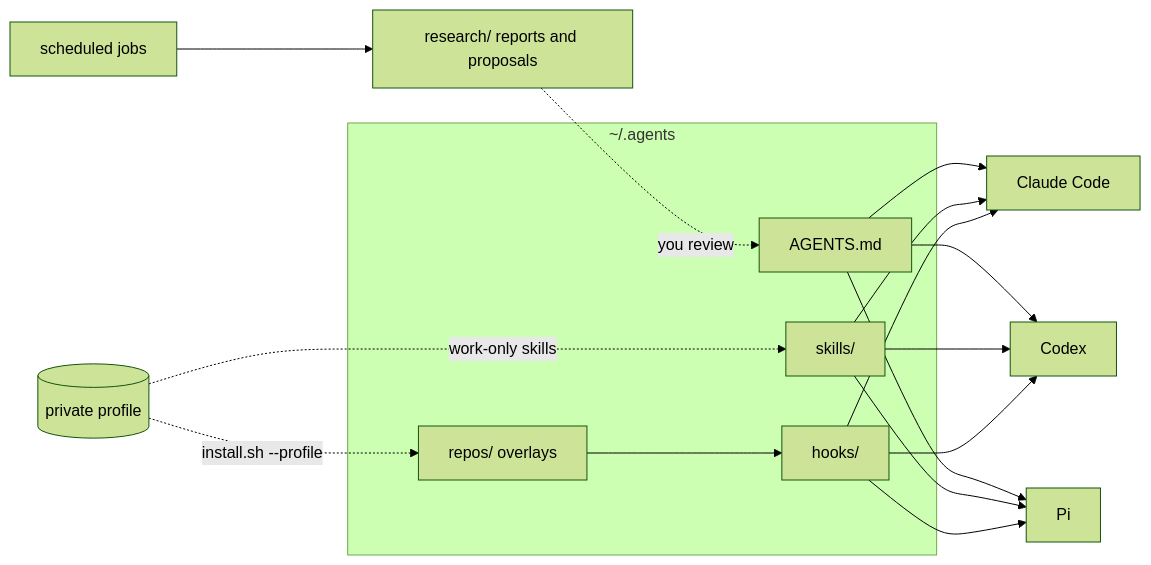
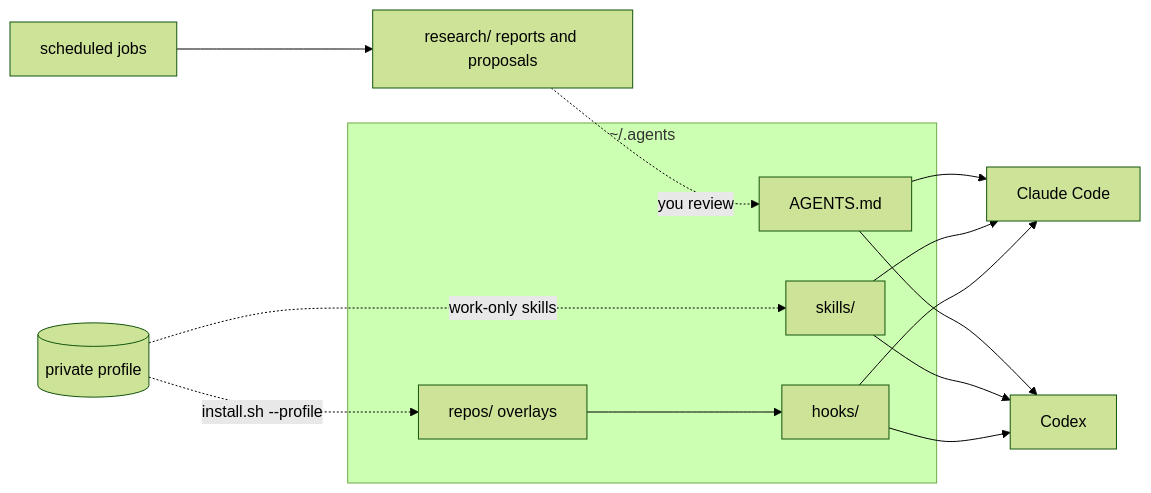
One commit to alopezari/agents-kit changed the first of 3 diagrams in docs/framework.md. Above: the diagram before and after it, drawn with Mermaid (forest theme). The commit also changed other lines of this file and 27 other files, not shown here.

````diff
--- a/docs/framework.md
+++ b/docs/framework.md
@@ -18,23 +18,20 @@
 ```mermaid
 flowchart LR
   subgraph kit["~/.agents"]
     A[AGENTS.md]
     S[skills/]
     H[hooks/]
     R[repos/ overlays]
   end
   P[(private profile)] -.->|"install.sh --profile"| R
   P -.->|"work-only skills"| S
   A --> X0[Claude Code]
   S --> X0
   H --> X0
   A --> X1[Codex]
   S --> X1
   H --> X1
-  A --> X2[Pi]
-  S --> X2
-  H --> X2
   R --> H
   M[scheduled jobs] --> F[research/ reports and proposals]
   F -.->|"you review"| A
 ```
````
